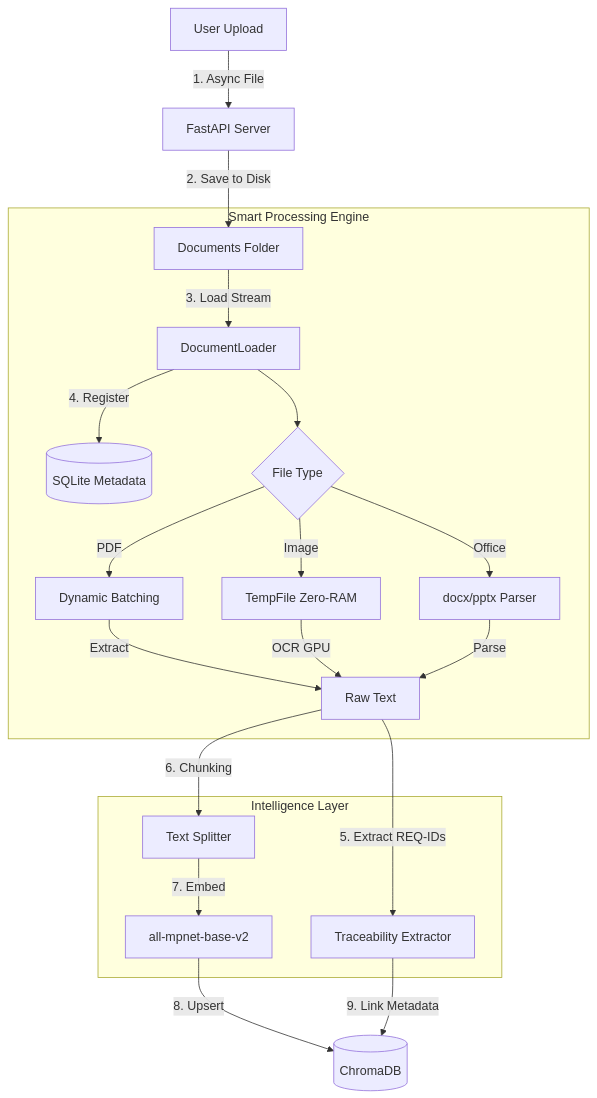
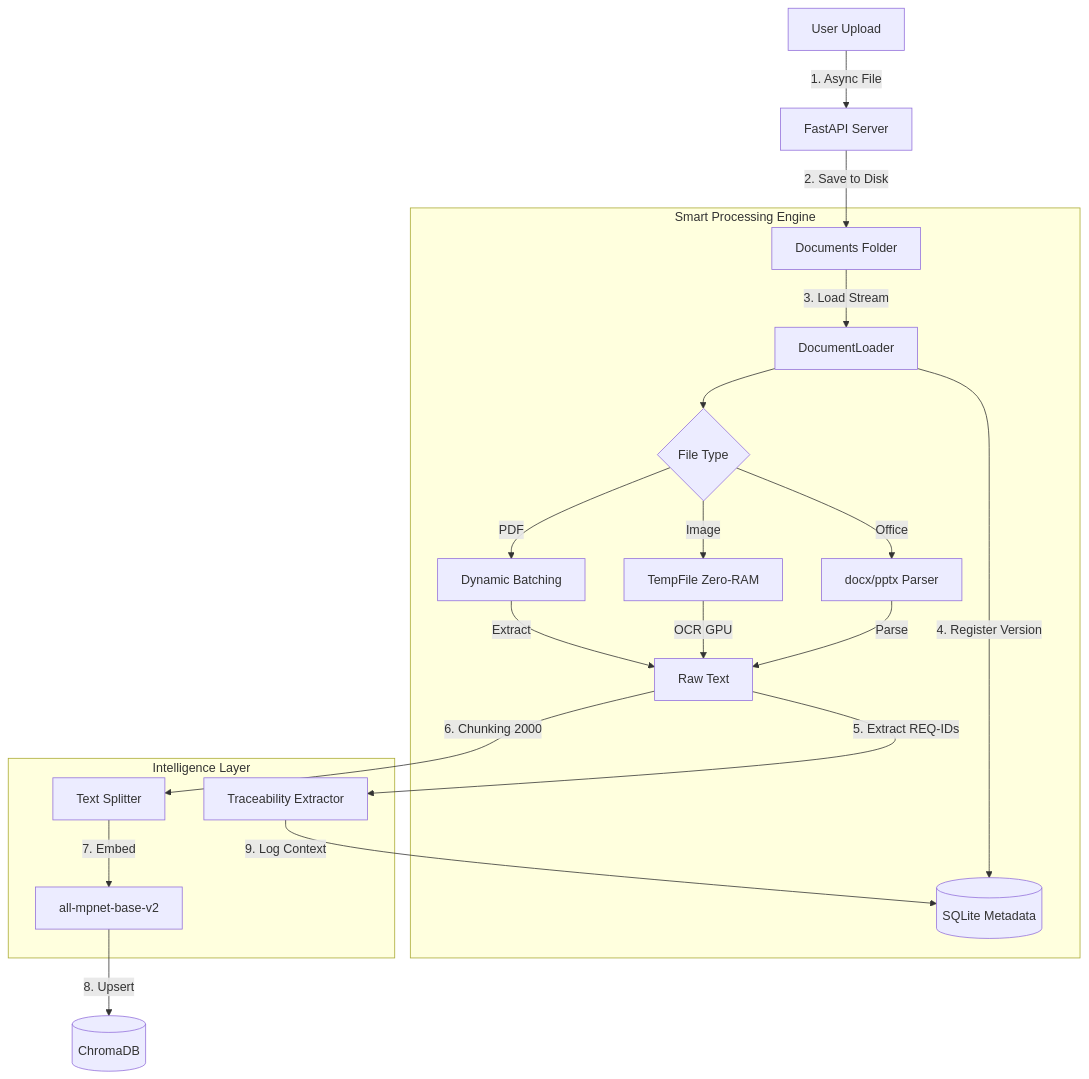
Before and after one commit to Enmo7/ChatBot_with_Rag_System: the first of 2 diagrams in README.md, drawn with Mermaid. The commit also changed other lines of this file and 6 other files, not shown here.

````diff
--- a/README.md
+++ b/README.md
@@ -22,28 +22,28 @@
 ```mermaid
 graph TD
     User[User Upload] -->|1. Async File| API[FastAPI Server]
     API -->|2. Save to Disk| Disk[Documents Folder]
     
     subgraph Processing[Smart Processing Engine]
         Disk -->|3. Load Stream| Loader[DocumentLoader]
-        Loader -->|4. Register| SQL[(SQLite Metadata)]
+        Loader -->|4. Register Version| SQL[(SQLite Metadata)]
         
         Loader --> Router{File Type}
         Router -->|PDF| Batcher[Dynamic Batching]
         Router -->|Image| Temp[TempFile Zero-RAM]
         Router -->|Office| Parser[docx/pptx Parser]
         
         Batcher -->|Extract| Text[Raw Text]
         Temp -->|OCR GPU| Text
         Parser -->|Parse| Text
     end
     
     subgraph Intelligence[Intelligence Layer]
         Text -->|5. Extract REQ-IDs| Regex[Traceability Extractor]
-        Text -->|6. Chunking| Splitter[Text Splitter]
+        Text -->|6. Chunking 2000| Splitter[Text Splitter]
         Splitter -->|7. Embed| Embed[all-mpnet-base-v2]
     end
     
     Embed -->|8. Upsert| VectorDB[(ChromaDB)]
-    Regex -->|9. Link Metadata| VectorDB
+    Regex -->|9. Log Context| SQL
 ```
````
